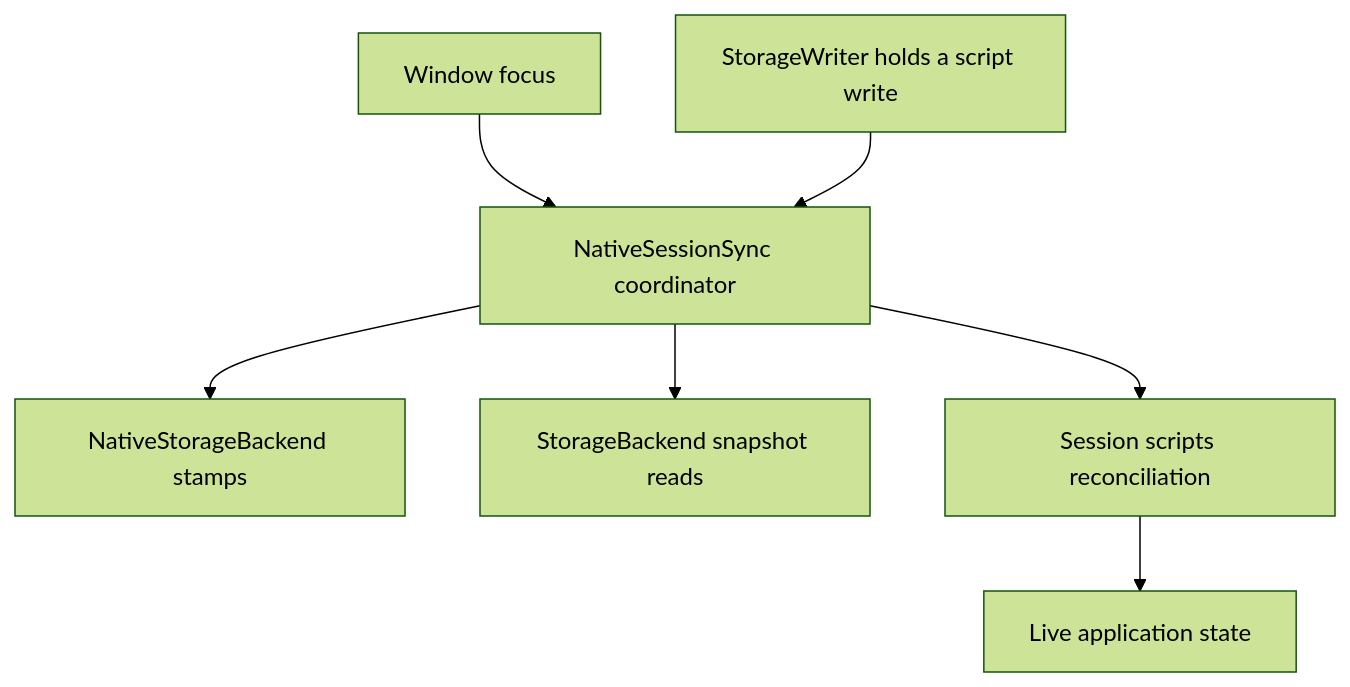
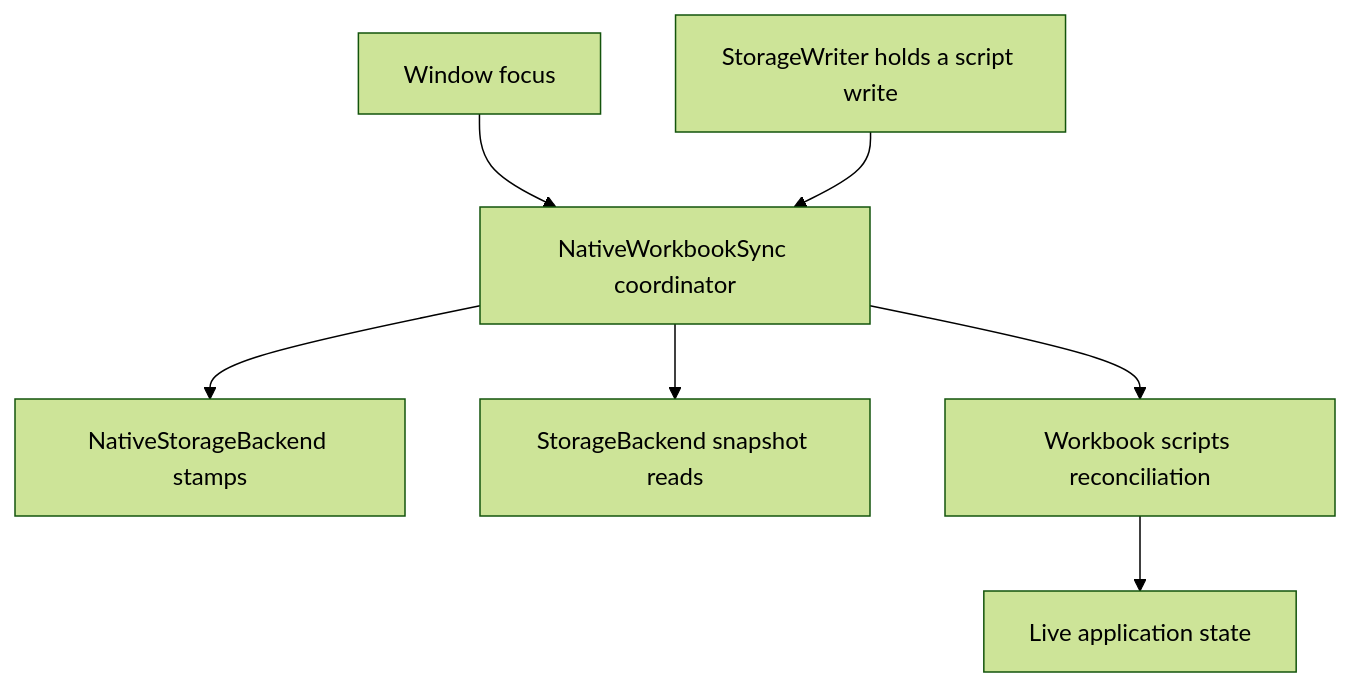
One commit to ankoh/dashql changed the first of 2 diagrams in docs/design/native_file_sync.md. Above: the diagram before and after it, drawn with Mermaid (forest theme). The commit also changed other lines of this file and 725 other files, not shown here.

````diff
--- a/docs/design/native_file_sync.md
+++ b/docs/design/native_file_sync.md
@@ -68,9 +68,9 @@
 ```mermaid
 flowchart TD
-    F[Window focus] --> RC[NativeSessionSync coordinator]
+    F[Window focus] --> RC[NativeWorkbookSync coordinator]
     W[StorageWriter holds a script write] --> RC
     RC --> NB[NativeStorageBackend stamps]
     RC --> SB[StorageBackend snapshot reads]
-    RC --> NS[Session scripts reconciliation]
+    RC --> NS[Workbook scripts reconciliation]
     NS --> UI[Live application state]
 ```
````
